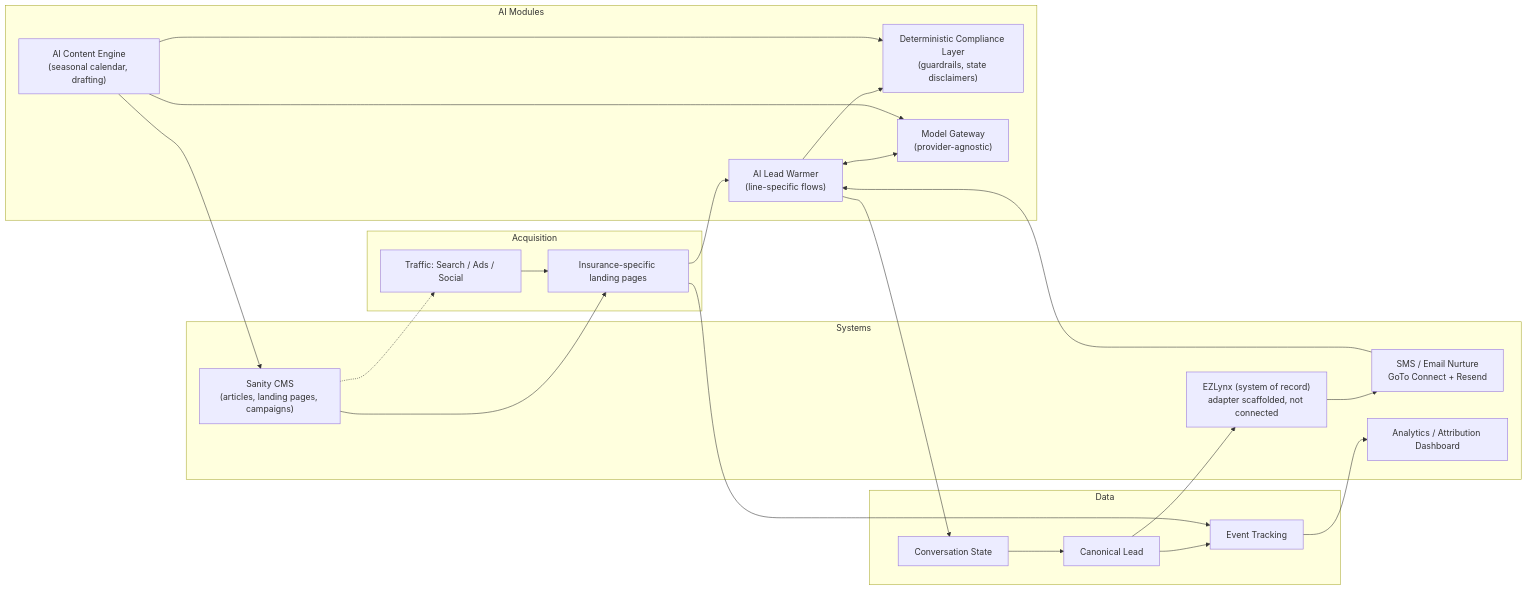
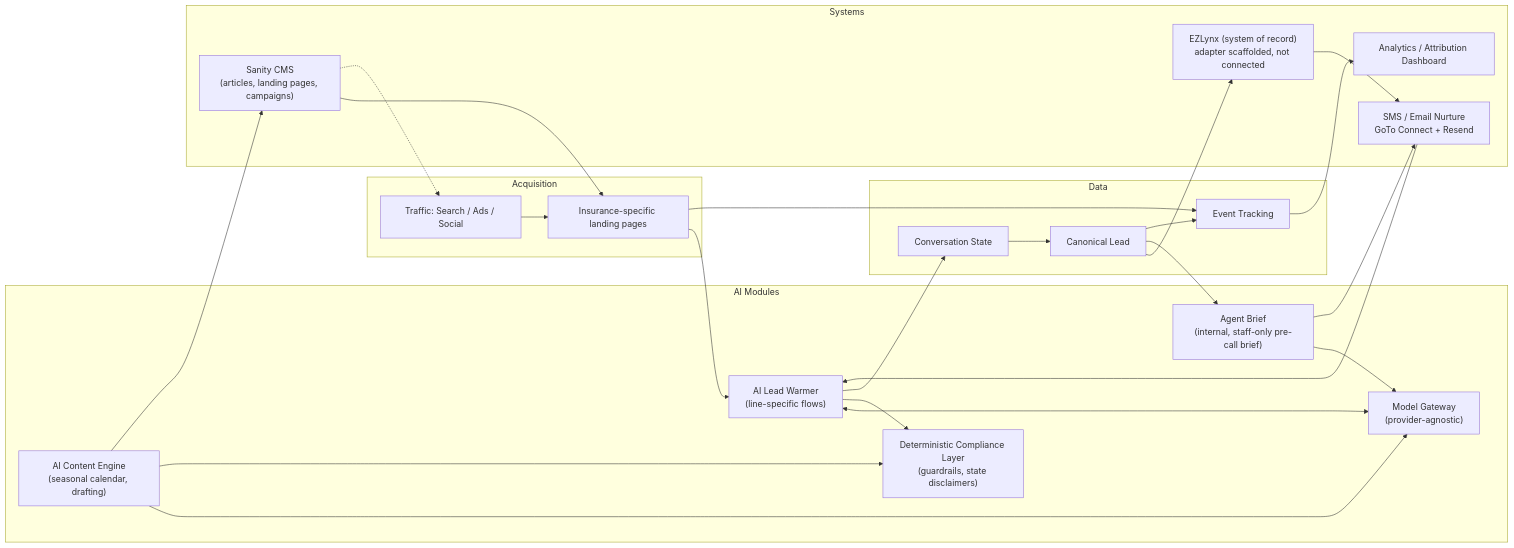
The diagram in docs/architecture.md (evilscriptbull/4K-EliteInsurance), drawn with Mermaid before and after one commit. The commit also changed other lines of this file and 8 other files, not shown here.

````diff
--- a/docs/architecture.md
+++ b/docs/architecture.md
@@ -17,45 +17,49 @@
 ```mermaid
 flowchart LR
     subgraph Acquisition
         Traffic["Traffic: Search / Ads / Social"]
         Landing["Insurance-specific landing pages"]
     end
 
     subgraph AI["AI Modules"]
         LeadWarmer["AI Lead Warmer\n(line-specific flows)"]
         Compliance["Deterministic Compliance Layer\n(guardrails, state disclaimers)"]
         ContentEngine["AI Content Engine\n(seasonal calendar, drafting)"]
         Gateway["Model Gateway\n(provider-agnostic)"]
+        AgentBrief["Agent Brief\n(internal, staff-only pre-call brief)"]
     end
 
     subgraph Data
         ConvState["Conversation State"]
         LeadSchema["Canonical Lead"]
         Events["Event Tracking"]
     end
 
     subgraph Systems
         CRM["EZLynx (system of record)\nadapter scaffolded, not connected"]
         Nurture["SMS / Email Nurture\nGoTo Connect + Resend"]
         Analytics["Analytics / Attribution Dashboard"]
         CMS["Sanity CMS\n(articles, landing pages, campaigns)"]
     end
 
     Traffic --> Landing --> LeadWarmer
     LeadWarmer <--> Gateway
     LeadWarmer --> Compliance
     LeadWarmer --> ConvState
     ConvState --> LeadSchema
     LeadSchema --> CRM
+    LeadSchema --> AgentBrief
+    AgentBrief --> Gateway
+    AgentBrief --> Nurture
     CRM --> Nurture
     Nurture --> LeadWarmer
     LeadSchema --> Events
     Landing --> Events
     Events --> Analytics
 
     ContentEngine --> Gateway
     ContentEngine --> Compliance
     ContentEngine --> CMS
     CMS --> Landing
     CMS -.-> Traffic
 ```
````
